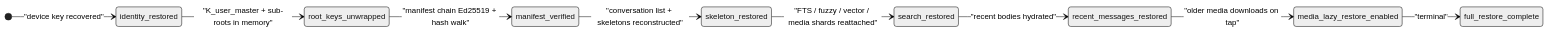
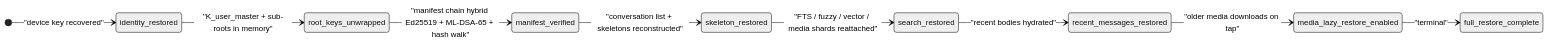
Before and after one commit to kennguy3n/chat-storage-search: the ninth of 34 diagrams in docs/ARCHITECTURE.md, drawn with Mermaid (neutral theme). The commit also changed other lines of this file and 22 other files, not shown here.

````diff
--- a/docs/ARCHITECTURE.md
+++ b/docs/ARCHITECTURE.md
@@ -912,12 +915,12 @@
 ```mermaid
 stateDiagram-v2
     direction LR
     [*] --> identity_restored : "device key recovered"
     identity_restored --> root_keys_unwrapped : "K_user_master + sub-roots in memory"
-    root_keys_unwrapped --> manifest_verified : "manifest chain Ed25519 + hash walk"
+    root_keys_unwrapped --> manifest_verified : "manifest chain hybrid Ed25519 + ML-DSA-65 + hash walk"
     manifest_verified --> skeleton_restored : "conversation list + skeletons reconstructed"
     skeleton_restored --> search_restored : "FTS / fuzzy / vector / media shards reattached"
     search_restored --> recent_messages_restored : "recent bodies hydrated"
     recent_messages_restored --> media_lazy_restore_enabled : "older media downloads on tap"
     media_lazy_restore_enabled --> full_restore_complete : "terminal"
 ```
````
